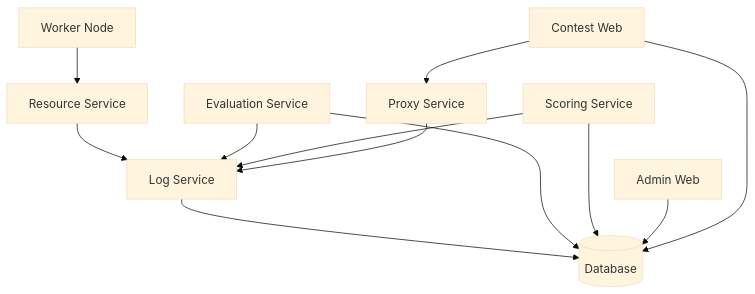
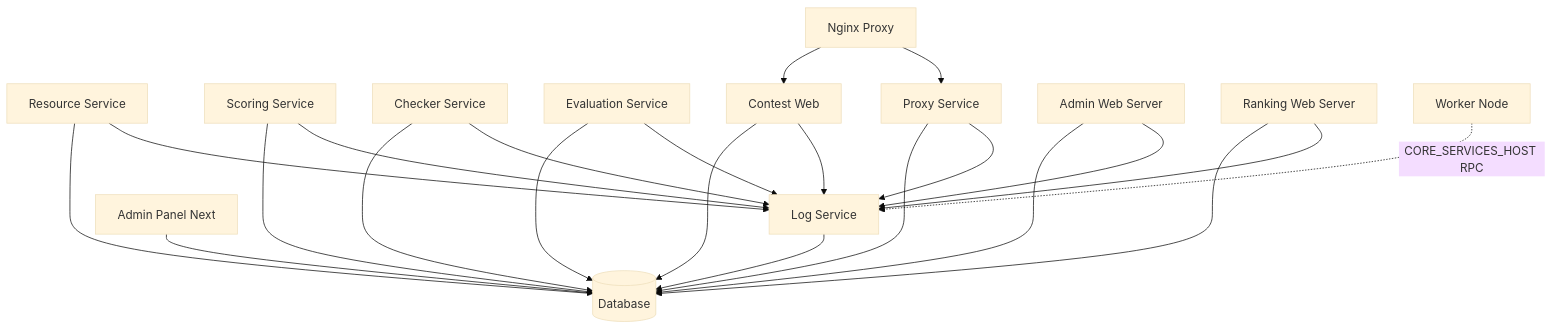
Before and after one commit to champyod/cms-docker: the diagram in docs/SERVICE_GUIDE.md, drawn with Mermaid (base theme). The commit also changed other lines of this file, not shown here.

Commit message:
WIP: docs(services): align tables with compose depends_on

````diff
--- a/docs/SERVICE_GUIDE.md
+++ b/docs/SERVICE_GUIDE.md
@@ -58,26 +74,41 @@
 ```mermaid
 graph TD
     DB[(Database)]
     LOG[Log Service]
     RES[Resource Service]
+    SC[Scoring Service]
+    CHK[Checker Service]
     EV[Evaluation Service]
-    SC[Scoring Service]
     PX[Proxy Service]
-    ADMIN[Admin Web]
-    CONTEST[Contest Web]
+    CWS[Contest Web]
+    NGINX[Nginx Proxy]
+    PANEL[Admin Panel Next]
+    ADMIN[Admin Web Server]
+    RANK[Ranking Web Server]
     WORKER[Worker Node]
 
     LOG --> DB
+    RES --> DB
     RES --> LOG
+    SC --> DB
+    SC --> LOG
+    CHK --> DB
+    CHK --> LOG
+
+    EV --> DB
     EV --> LOG
-    EV --> DB
-    SC --> LOG
-    SC --> DB
+    PX --> DB
     PX --> LOG
-    
+    CWS --> DB
+    CWS --> LOG
+    NGINX --> CWS
+    NGINX --> PX
+
+    PANEL --> DB
     ADMIN --> DB
-    CONTEST --> DB
-    CONTEST --> PX
-    
-    WORKER --> RES
+    ADMIN --> LOG
+    RANK --> DB
+    RANK --> LOG
+
+    WORKER -.->|CORE_SERVICES_HOST RPC| LOG
 ```
````
